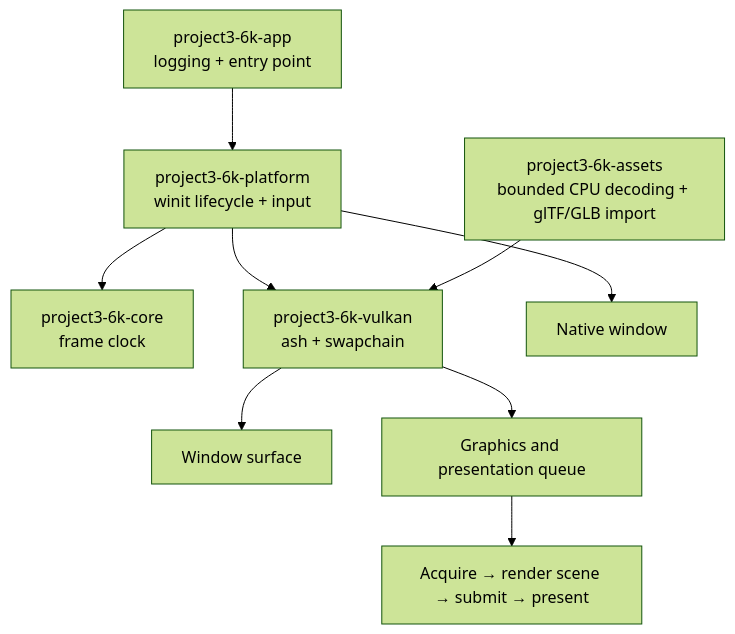
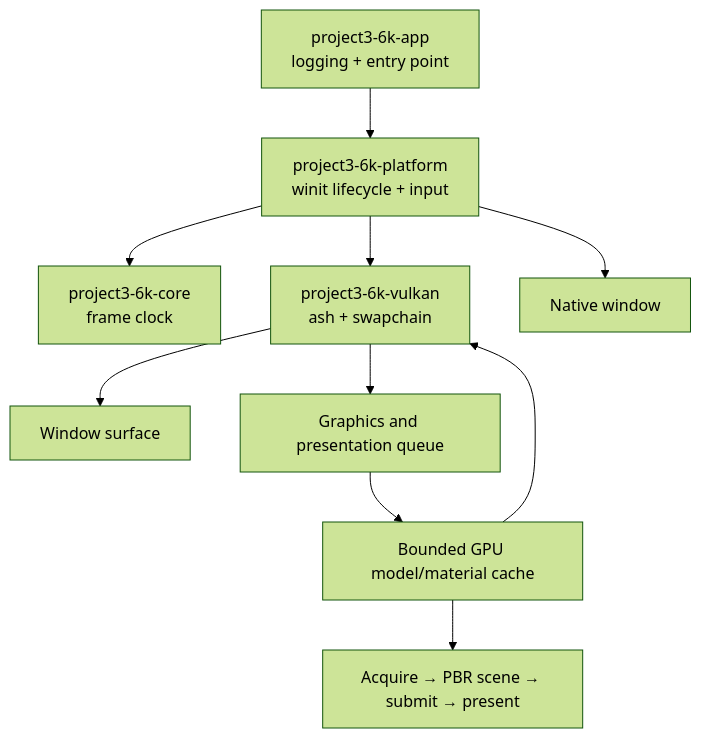
The diagram in ARCHITECTURE.md (LarpingAgent/Project3.6k), drawn with Mermaid (forest theme) before and after one commit. The commit also changed other lines of this file and 18 other files, not shown here.

````diff
--- a/ARCHITECTURE.md
+++ b/ARCHITECTURE.md
@@ -9,11 +9,12 @@
 ```mermaid
 flowchart TD
     App[project3-6k-app\nlogging + entry point] --> Platform[project3-6k-platform\nwinit lifecycle + input]
     Platform --> Core[project3-6k-core\nframe clock]
     Platform --> Vulkan[project3-6k-vulkan\nash + swapchain]
     Assets[project3-6k-assets\nbounded CPU decoding + glTF/GLB import] --> Vulkan
     Platform --> Window[Native window]
     Vulkan --> Surface[Window surface]
     Vulkan --> GPU[Graphics and presentation queue]
-    GPU --> Swapchain[Acquire → render scene → submit → present]
+    GPU --> Assets[Bounded GPU model/material cache]
+    Assets --> Swapchain[Acquire → PBR scene → submit → present]
 ```
````
